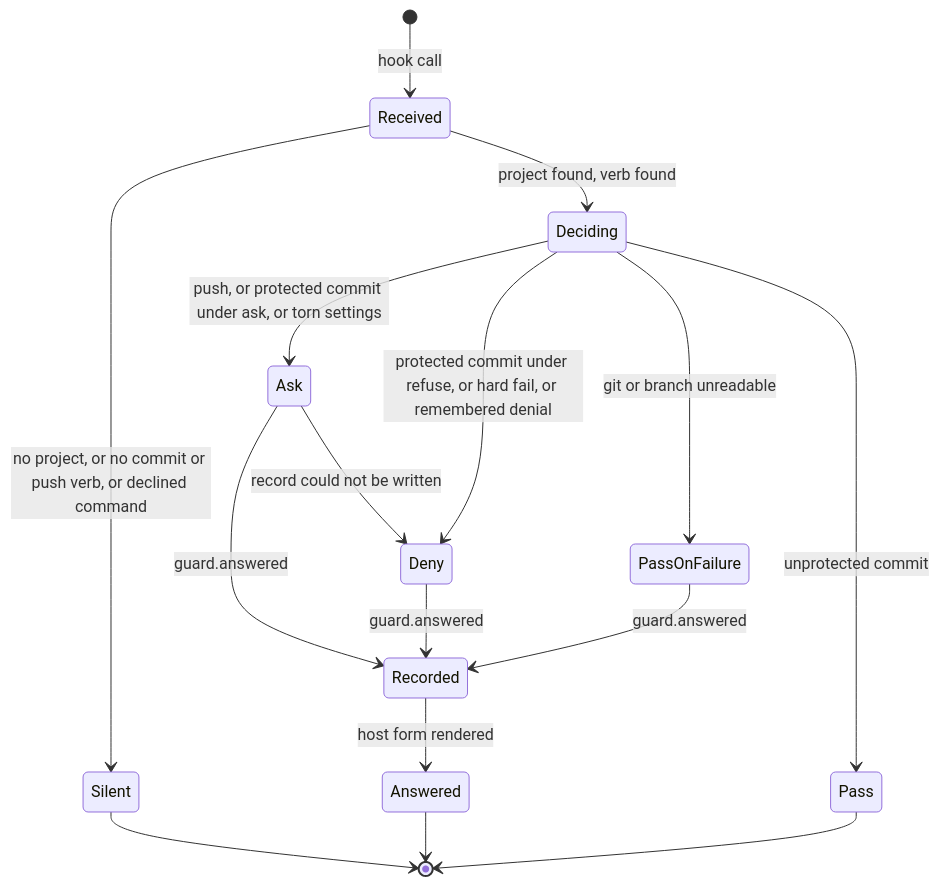
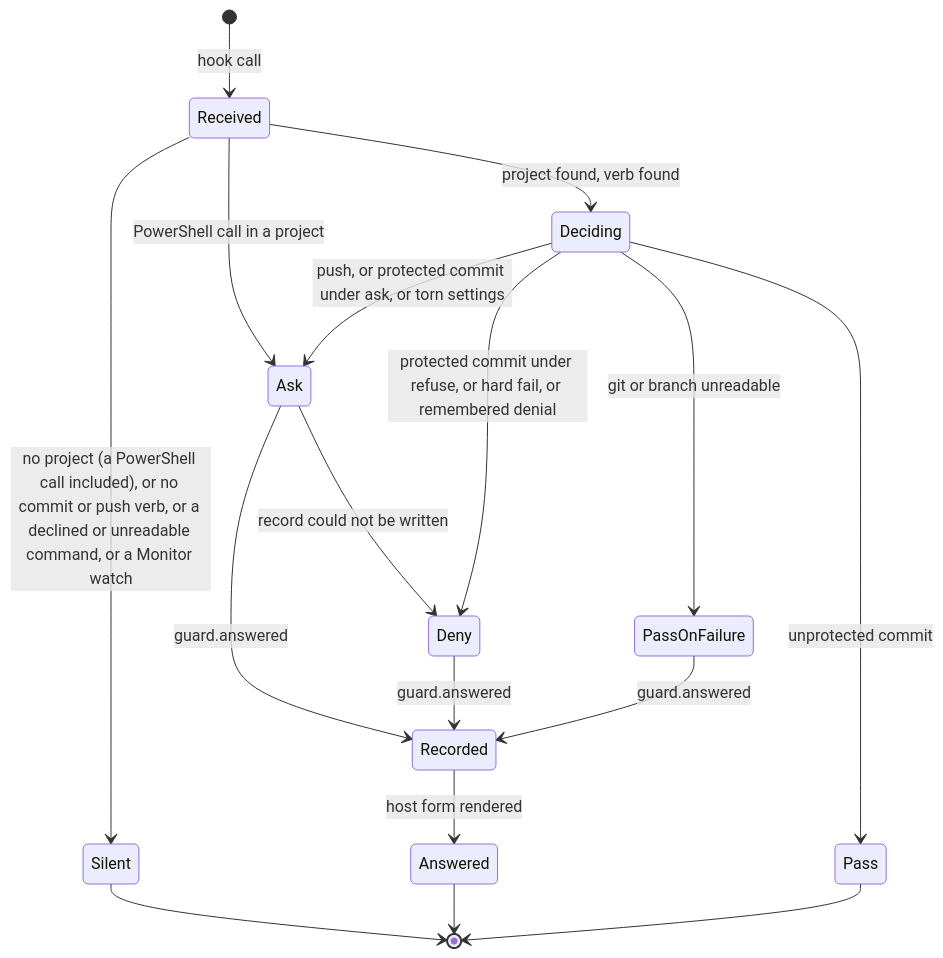
The first of 3 diagrams in docs/design/0010-guard.md (crenshawdev/baley), drawn with Mermaid before and after one commit.

Commit message:
docs(design): add the PowerShell ask arm to the command guard's states
Figure 1 sent every call without a git verb to Silent, but a PowerShell call in a project now asks whatever it contains.

````diff
--- a/docs/design/0010-guard.md
+++ b/docs/design/0010-guard.md
@@ -147,18 +147,19 @@
 ```mermaid
 stateDiagram-v2
   [*] --> Received: hook call
-  Received --> Silent: no project, or no commit or push verb, or declined command
+  Received --> Silent: no project (a PowerShell call included), or no commit or push verb, or a declined or unreadable command, or a Monitor watch
+  Received --> Ask: PowerShell call in a project
   Received --> Deciding: project found, verb found
   Deciding --> Ask: push, or protected commit under ask, or torn settings
   Deciding --> Deny: protected commit under refuse, or hard fail, or remembered denial
   Deciding --> PassOnFailure: git or branch unreadable
   Deciding --> Pass: unprotected commit
   Ask --> Recorded: guard.answered
   Deny --> Recorded: guard.answered
   PassOnFailure --> Recorded: guard.answered
   Ask --> Deny: record could not be written
   Recorded --> Answered: host form rendered
   Silent --> [*]
   Pass --> [*]
   Answered --> [*]
 ```
````
